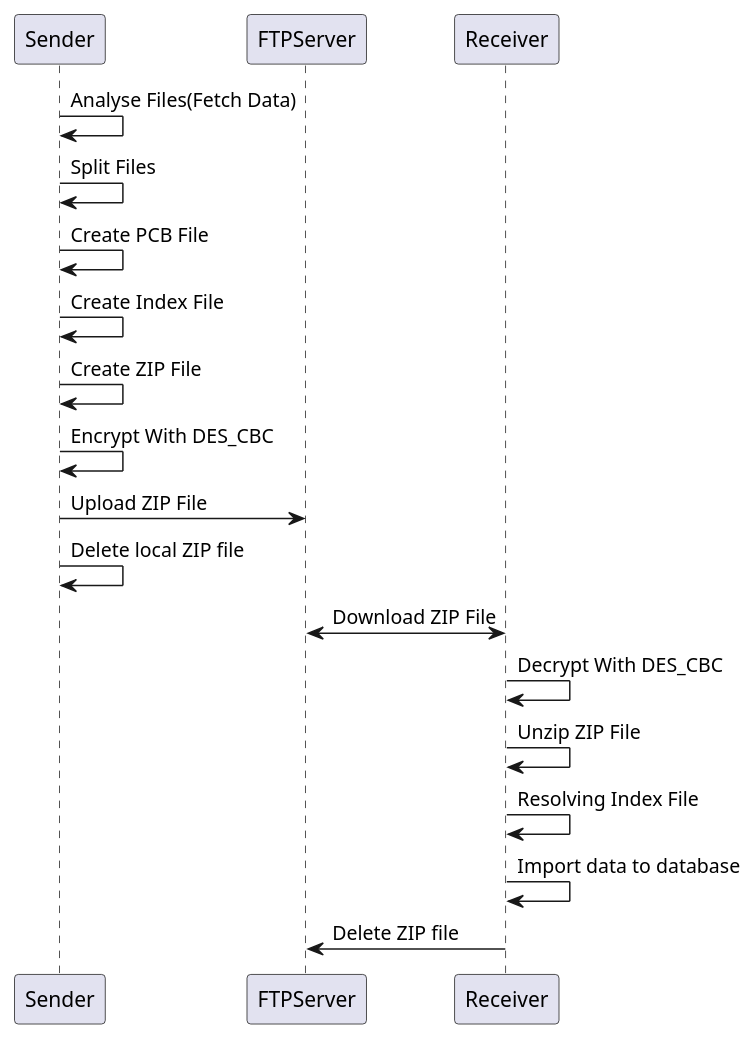
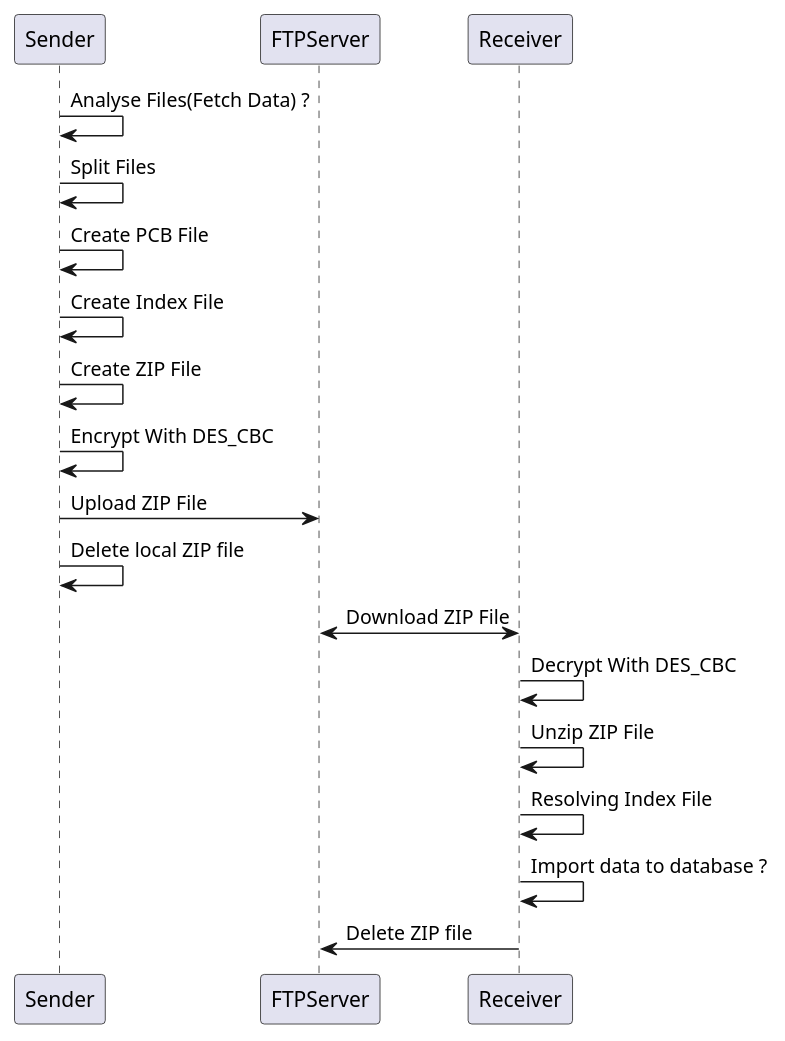
Before and after one commit to LuciferYYking/gov-zjzwfw: the diagram in Xender.puml, drawn with PlantUML. The commit also changed 11 other files, not shown here.

```diff
--- a/Xender.puml
+++ b/Xender.puml
@@ -1,17 +1,17 @@
 @startuml
-Sender -> Sender: Analyse Files(Fetch Data)
+Sender -> Sender: Analyse Files(Fetch Data) ?
 Sender -> Sender: Split Files
 Sender -> Sender: Create PCB File
 Sender -> Sender: Create Index File
 Sender -> Sender: Create ZIP File
 Sender -> Sender: Encrypt With DES_CBC
 Sender -> FTPServer: Upload ZIP File
 Sender -> Sender: Delete local ZIP file
 
 Receiver <-> FTPServer: Download ZIP File
 Receiver -> Receiver: Decrypt With DES_CBC
 Receiver -> Receiver: Unzip ZIP File
 Receiver -> Receiver: Resolving Index File
-Receiver -> Receiver: Import data to database
+Receiver -> Receiver: Import data to database ?
 Receiver -> FTPServer: Delete ZIP file
 @enduml
```
